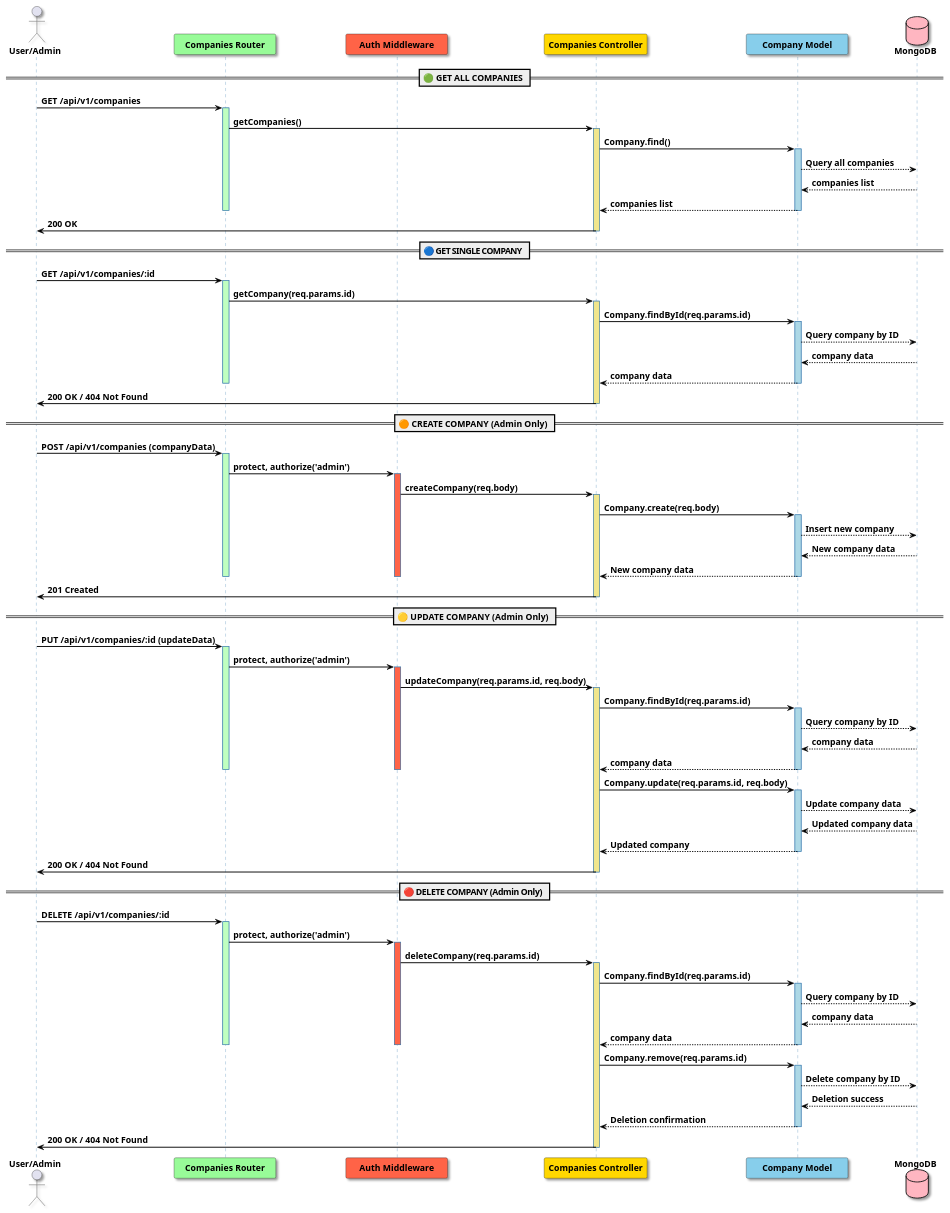
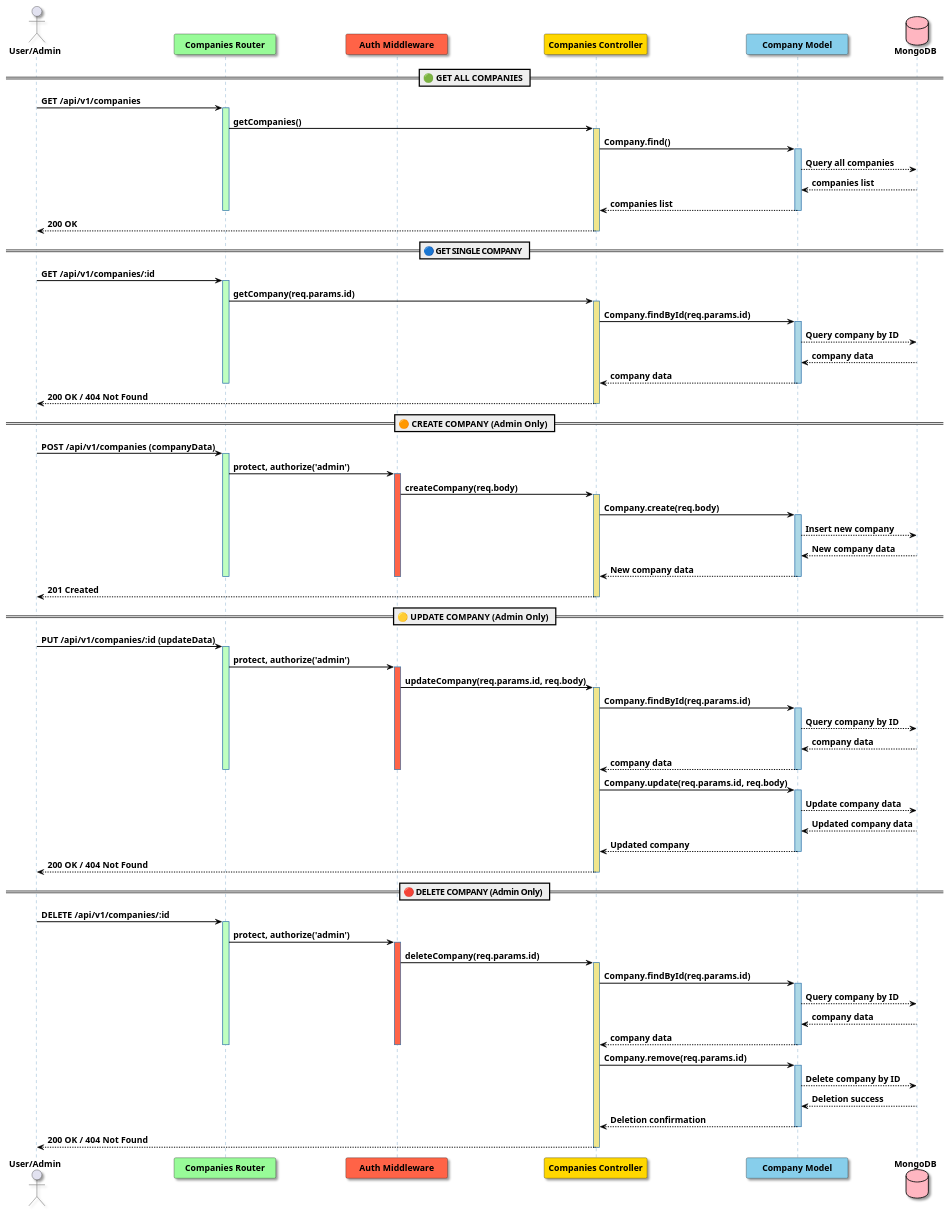
One commit to idknowwhy123/BackendDev-Project changed the diagram in PlantUML/sequanceCompany.puml. Above: the diagram before and after it, drawn with PlantUML. The commit also changed 1 other file, not shown here.

Commit message:
update sequenceCompany puml

```diff
--- a/PlantUML/sequanceCompany.puml
+++ b/PlantUML/sequanceCompany.puml
@@ -1,139 +1,139 @@
 @startuml sequenceCompanyAPI
 
 skinparam {
     defaultFontName Consolas
     defaultFontSize 14
     shadowing true
     componentStyle uml2
     MinClassWidth 150
     ParticipantPadding 50
     ArrowThickness 1.5
 }
 
 skinparam participantBackgroundColor #E6F2FF
 skinparam databaseBackgroundColor #FFB6C1
 skinparam sequenceLifeLineBorderColor #4682B4
 skinparam sequenceArrowColor #black
 skinparam sequenceGroupBorderColor #DAA520
 skinparam sequenceGroupBackgroundColor #FFFACD
 
 actor "**User/Admin**" as User
 participant "**Companies Router**" as CR   #98FB98
 participant "**Auth Middleware**" as AM   #FF6347
 participant "**Companies Controller**" as CC #FFD700
 participant "**Company Model**" as CM       #87CEEB
 database "**MongoDB**" as DB                #FFB6C1
 
 skinparam shadowing false
 
 == 🟢 GET ALL COMPANIES ==
 
 User -> CR: **GET /api/v1/companies**
 activate CR #C0FFC0
 CR -> CC: **getCompanies()**
 activate CC #F0E68C
 CC -> CM: **Company.find()**
 activate CM #ADD8E6
 
 CM --> DB: **Query all companies**
 DB --> CM: **companies list**
 CM --> CC: **companies list**
 deactivate CR
 deactivate CM
-CC -> User: **200 OK**
+CC --> User: **200 OK**
 deactivate CC
 
 
 == 🔵 GET SINGLE COMPANY ==
 
 User -> CR: **GET /api/v1/companies/:id**
 activate CR #C0FFC0
 CR -> CC: **getCompany(req.params.id)**
 activate CC #F0E68C
 CC -> CM: **Company.findById(req.params.id)**
 activate CM #ADD8E6
 CM --> DB: **Query company by ID**
 DB --> CM: **company data**
 CM --> CC: **company data**
 deactivate CM
 deactivate CR
-CC -> User: **200 OK / 404 Not Found**
+CC --> User: **200 OK / 404 Not Found**
 deactivate CC
 
 
 == 🟠 CREATE COMPANY (Admin Only) ==
 
 User -> CR: **POST /api/v1/companies (companyData)**
 activate CR #C0FFC0
 CR -> AM: **protect, authorize('admin')**
 activate AM #FF6347
 AM -> CC: **createCompany(req.body)**
 
 activate CC #F0E68C
 CC -> CM: **Company.create(req.body)**
 activate CM #ADD8E6
 CM --> DB: **Insert new company**
 DB --> CM: **New company data**
 CM --> CC: **New company data**
 deactivate AM
 deactivate CM
 deactivate CR
-CC -> User: **201 Created**
+CC --> User: **201 Created**
 deactivate CC
 
 
 == 🟡 UPDATE COMPANY (Admin Only) ==
 
 User -> CR: **PUT /api/v1/companies/:id (updateData)**
 activate CR #C0FFC0
 CR -> AM: **protect, authorize('admin')**
 activate AM #FF6347
 AM -> CC: **updateCompany(req.params.id, req.body)**
 
 activate CC #F0E68C
 CC -> CM: **Company.findById(req.params.id)**
 activate CM #ADD8E6
 CM --> DB: **Query company by ID**
 DB --> CM: **company data**
 CM --> CC: **company data**
 deactivate AM
 deactivate CM
 deactivate CR
 CC -> CM: **Company.update(req.params.id, req.body)**
 activate CM #ADD8E6
 CM --> DB: **Update company data**
 DB --> CM: **Updated company data**
 CM --> CC: **Updated company**
 deactivate CM
-CC -> User: **200 OK / 404 Not Found**
+CC --> User: **200 OK / 404 Not Found**
 deactivate CC
 
 
 == 🔴 DELETE COMPANY (Admin Only) ==
 
 User -> CR: **DELETE /api/v1/companies/:id**
 activate CR #C0FFC0
 CR -> AM: **protect, authorize('admin')**
 activate AM #FF6347
 AM -> CC: **deleteCompany(req.params.id)**
 
 activate CC #F0E68C
 CC -> CM: **Company.findById(req.params.id)**
 activate CM #ADD8E6
 CM --> DB: **Query company by ID**
 DB --> CM: **company data**
 CM --> CC: **company data**
 deactivate AM
 deactivate CM
 deactivate CR
 CC -> CM: **Company.remove(req.params.id)**
 activate CM #ADD8E6
 CM --> DB: **Delete company by ID**
 DB --> CM: **Deletion success**
 CM --> CC: **Deletion confirmation**
 deactivate CM
-CC -> User: **200 OK / 404 Not Found**
+CC --> User: **200 OK / 404 Not Found**
 deactivate CC
 
 
 @enduml
```
